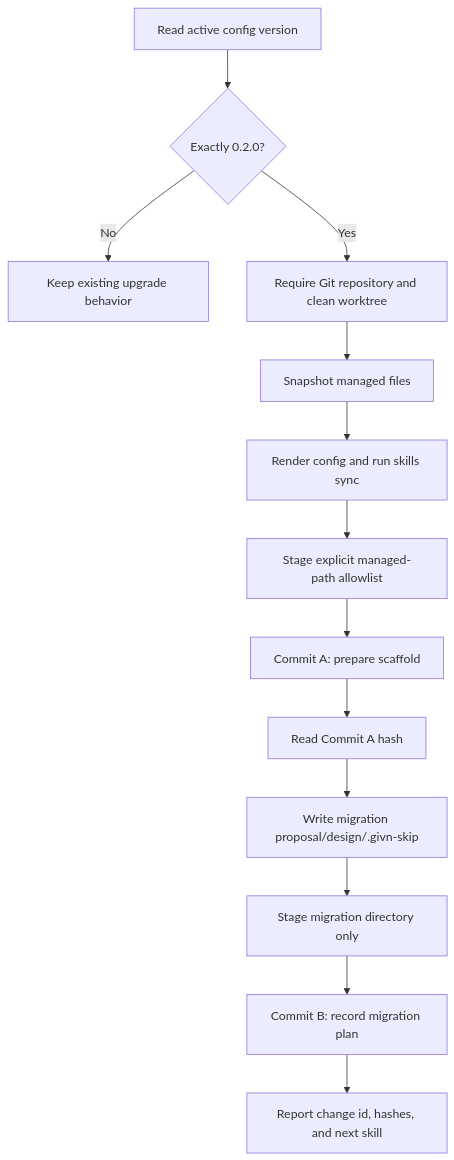
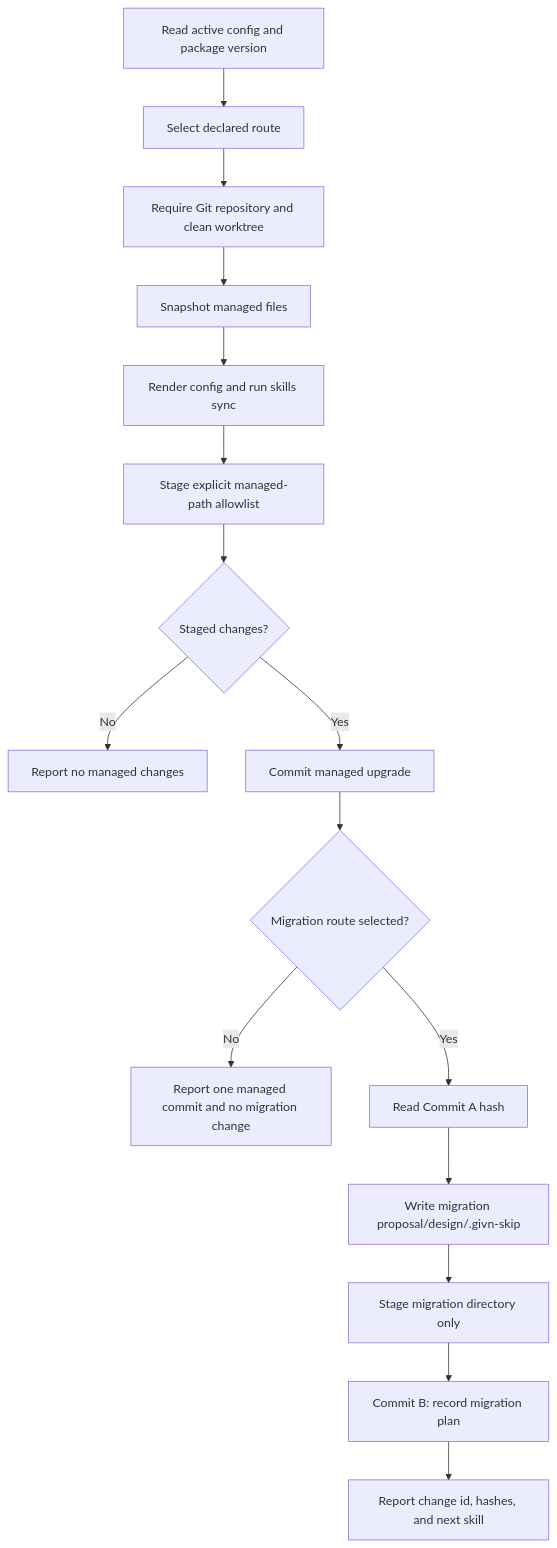
The second of 2 diagrams in givn/changes/release-0-3-0/design.md (buster/givn), drawn with Mermaid before and after one commit. The commit also changed other lines of this file and 33 other files, not shown here.

````diff
--- a/givn/changes/release-0-3-0/design.md
+++ b/givn/changes/release-0-3-0/design.md
@@ -211,15 +246,18 @@
 ```mermaid
 flowchart TD
-    A[Read active config version] --> B{Exactly 0.2.0?}
-    B -- No --> Z[Keep existing upgrade behavior]
-    B -- Yes --> C[Require Git repository and clean worktree]
+    A[Read active config and package version] --> B[Select declared route]
+    B --> C[Require Git repository and clean worktree]
     C --> D[Snapshot managed files]
     D --> E[Render config and run skills sync]
     E --> F[Stage explicit managed-path allowlist]
-    F --> G[Commit A: prepare scaffold]
-    G --> H[Read Commit A hash]
-    H --> I[Write migration proposal/design/.givn-skip]
-    I --> J[Stage migration directory only]
-    J --> K[Commit B: record migration plan]
-    K --> L[Report change id, hashes, and next skill]
+    F --> G{Staged changes?}
+    G -- No --> Z[Report no managed changes]
+    G -- Yes --> H[Commit managed upgrade]
+    H --> I{Migration route selected?}
+    I -- No --> Z2[Report one managed commit and no migration change]
+    I -- Yes --> J[Read Commit A hash]
+    J --> K[Write migration proposal/design/.givn-skip]
+    K --> L[Stage migration directory only]
+    L --> M[Commit B: record migration plan]
+    M --> N[Report change id, hashes, and next skill]
 ```
````
